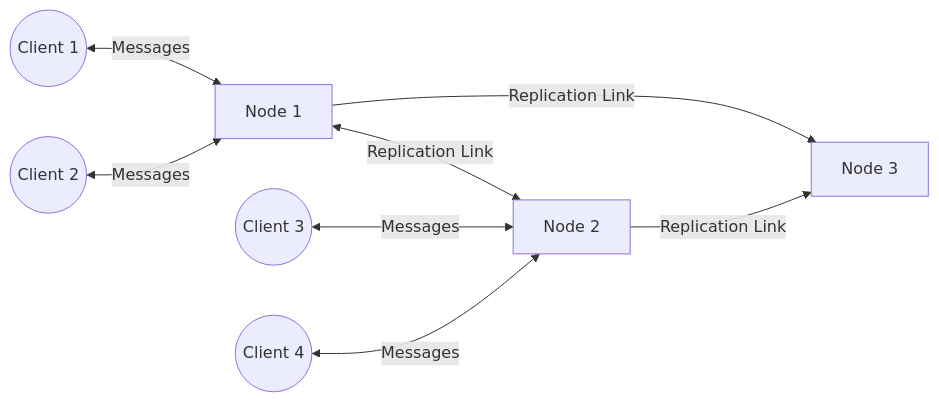
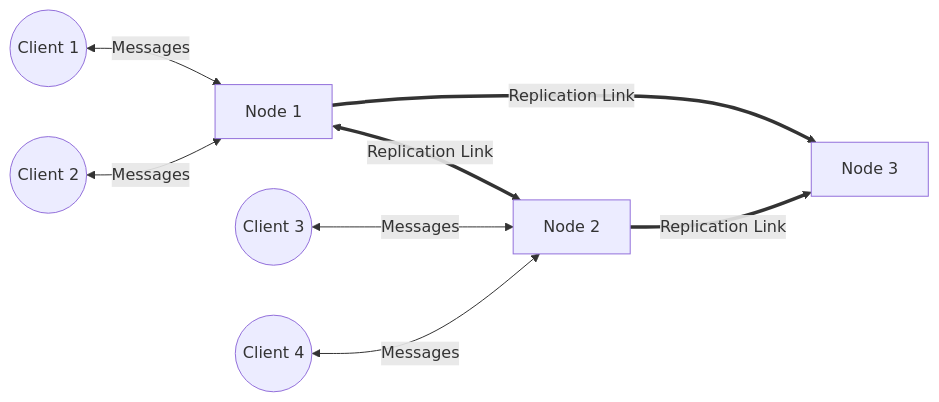
One commit to niklas-enns/message-broker changed the diagram in README.md. Above: the diagram before and after it, drawn with Mermaid.

````diff
--- a/README.md
+++ b/README.md
@@ -11,11 +11,11 @@
 ```mermaid
 graph LR;
-    N1[Node 1]<-->|Replication Link|N2[Node 2]
-    N1[Node 1]-->|Replication Link|N3[Node 3]
-    N2-->|Replication Link|N3
+    N1[Node 1]<==>|Replication Link|N2[Node 2]
+    N1[Node 1]==>|Replication Link|N3[Node 3]
+    N2==>|Replication Link|N3
     C1((Client 1))<-->|Messages|N1;
     C2((Client 2))<-->|Messages|N1;
     C3((Client 3))<-->|Messages|N2;
     C4((Client 4))<-->|Messages|N2;
     N3[Node 3]
 ```
````
